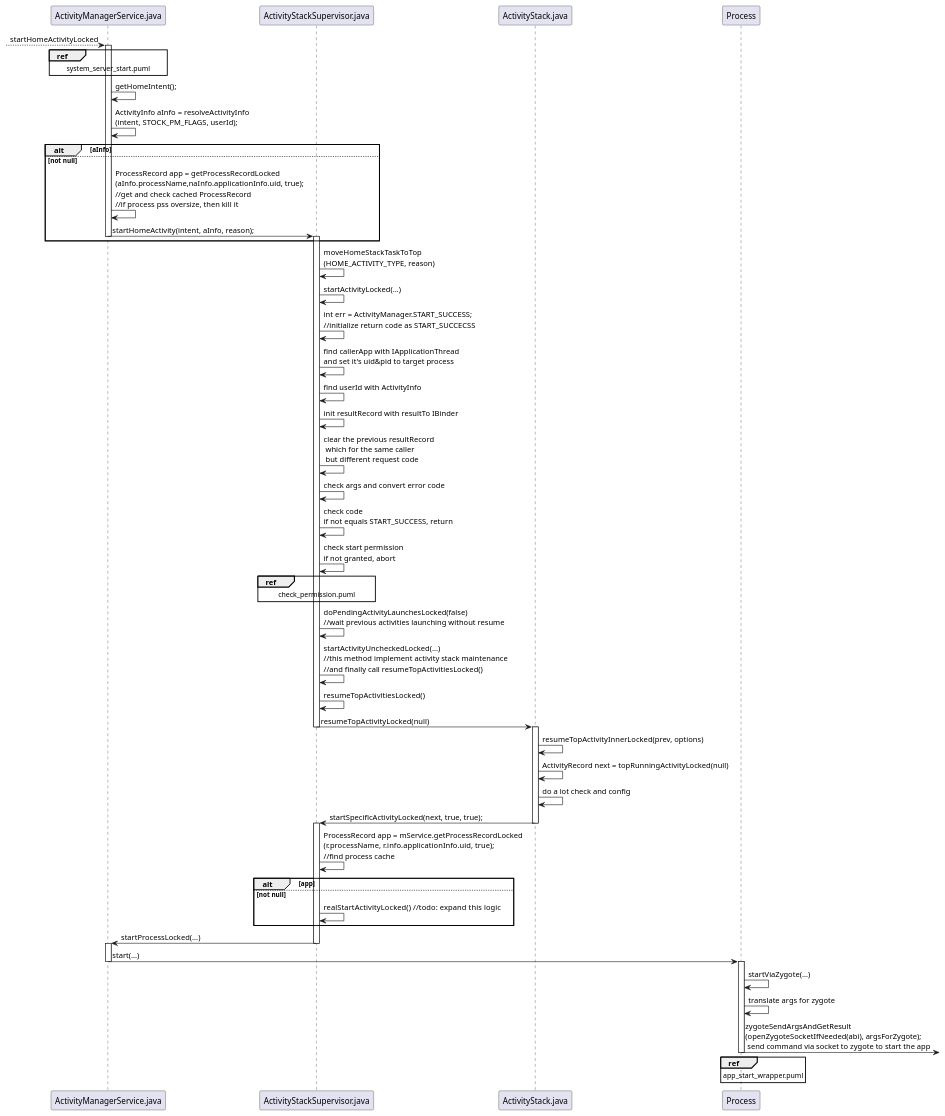
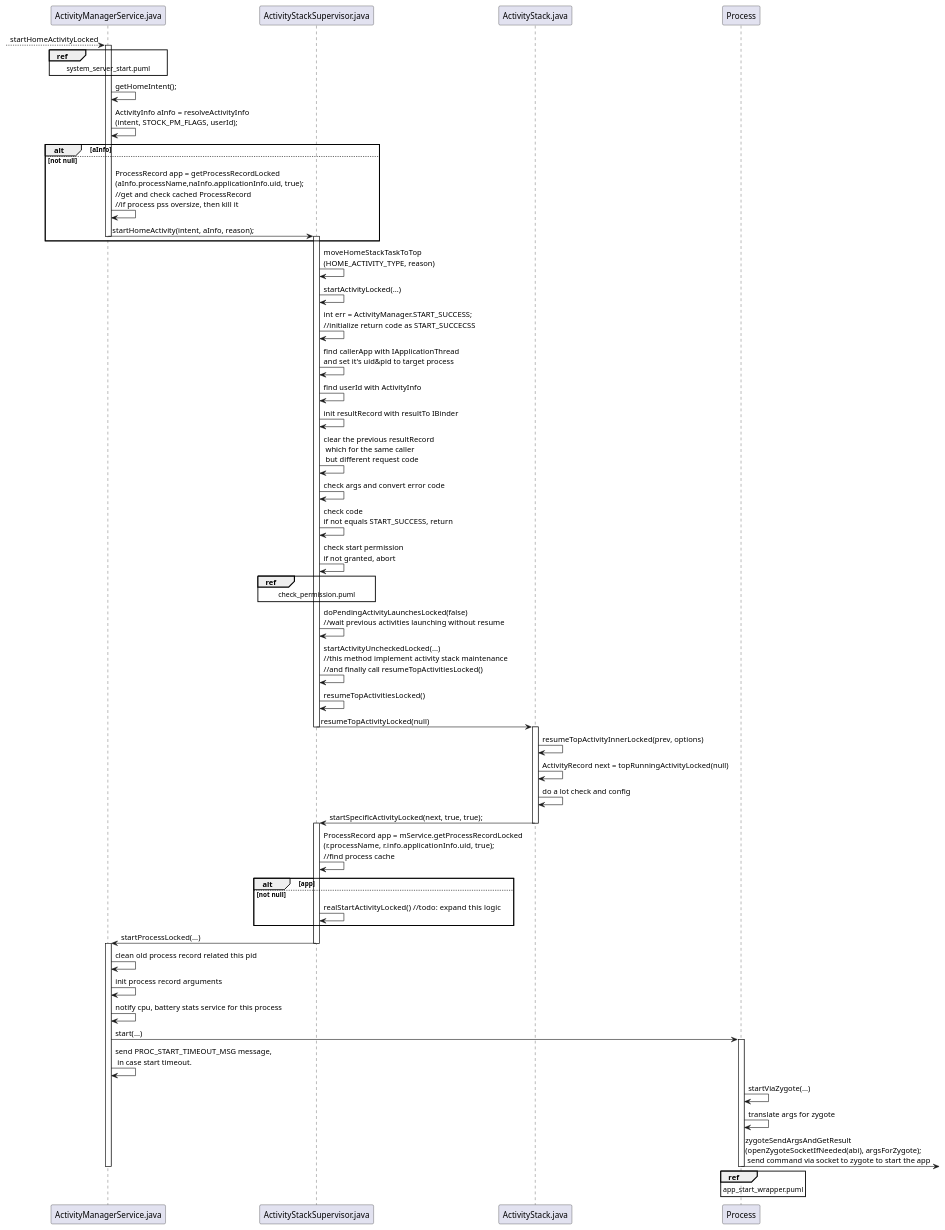
One commit to heavy-james/AndroidStartSequence changed the diagram in uml/6_home_activity_start/home_activity_start.puml. Above: the diagram before and after it, drawn with PlantUML. The commit also changed 7 other files, not shown here.

```diff
--- a/uml/6_home_activity_start/home_activity_start.puml
+++ b/uml/6_home_activity_start/home_activity_start.puml
@@ -1,117 +1,118 @@
 @startuml
 participant ActivityManagerService as "ActivityManagerService.java"
 participant ActivityStackSupervisor as "ActivityStackSupervisor.java"
 participant ActivityStack as "ActivityStack.java"
 
 --> ActivityManagerService : startHomeActivityLocked
 ref over ActivityManagerService : system_server_start.puml
 
 
 activate ActivityManagerService
 ActivityManagerService -> ActivityManagerService : getHomeIntent();
 ActivityManagerService -> ActivityManagerService : ActivityInfo aInfo = resolveActivityInfo\
 \n(intent, STOCK_PM_FLAGS, userId);
 
 alt aInfo
 else not null
 ActivityManagerService -> ActivityManagerService : ProcessRecord app = getProcessRecordLocked\
 \n(aInfo.processName,naInfo.applicationInfo.uid, true);\
 \n//get and check cached ProcessRecord\
 \n//if process pss oversize, then kill it
 
 ActivityManagerService -> ActivityStackSupervisor : startHomeActivity(intent, aInfo, reason);
 
 deactivate ActivityManagerService
 activate ActivityStackSupervisor
 end
 
 
 
 
 activate ActivityStackSupervisor
 ActivityStackSupervisor -> ActivityStackSupervisor : moveHomeStackTaskToTop\n(HOME_ACTIVITY_TYPE, reason)\
 
 ActivityStackSupervisor -> ActivityStackSupervisor : startActivityLocked(...)
 
 ActivityStackSupervisor -> ActivityStackSupervisor : int err = ActivityManager.START_SUCCESS;\
 \n//initialize return code as START_SUCCECSS
 
 ActivityStackSupervisor -> ActivityStackSupervisor : find callerApp with IApplicationThread\
 \nand set it's uid&pid to target process
 
 ActivityStackSupervisor -> ActivityStackSupervisor : find userId with ActivityInfo
 
 ActivityStackSupervisor -> ActivityStackSupervisor : init resultRecord with resultTo IBinder
 
 ActivityStackSupervisor -> ActivityStackSupervisor : clear the previous resultRecord\
 \n which for the same caller\
 \n but different request code
 
 ActivityStackSupervisor -> ActivityStackSupervisor : check args and convert error code
 
 ActivityStackSupervisor -> ActivityStackSupervisor : check code\
 \nif not equals START_SUCCESS, return
 
 ActivityStackSupervisor -> ActivityStackSupervisor : check start permission\
 \nif not granted, abort
 
 ref over ActivityStackSupervisor : check_permission.puml
 
 ActivityStackSupervisor -> ActivityStackSupervisor : doPendingActivityLaunchesLocked(false)\
 \n//wait previous activities launching without resume
 
 ActivityStackSupervisor -> ActivityStackSupervisor : startActivityUncheckedLocked(...)\
 \n//this method implement activity stack maintenance\
 \n//and finally call resumeTopActivitiesLocked()
 
 ActivityStackSupervisor -> ActivityStackSupervisor : resumeTopActivitiesLocked()
 
 ActivityStackSupervisor -> ActivityStack : resumeTopActivityLocked(null)
 
 deactivate ActivityStackSupervisor
 
 activate ActivityStack
 
 ActivityStack -> ActivityStack : resumeTopActivityInnerLocked(prev, options)
 
 ActivityStack -> ActivityStack : ActivityRecord next = topRunningActivityLocked(null)
 
 ActivityStack -> ActivityStack : do a lot check and config
 
 ActivityStack -> ActivityStackSupervisor : startSpecificActivityLocked(next, true, true);
 deactivate ActivityStack
 
 activate ActivityStackSupervisor
 ActivityStackSupervisor -> ActivityStackSupervisor : ProcessRecord app = mService.getProcessRecordLocked\
 \n(r.processName, r.info.applicationInfo.uid, true);\
 \n//find process cache
 
 alt app
 else not null
    ActivityStackSupervisor -> ActivityStackSupervisor : realStartActivityLocked()\
    //todo: expand this logic
 end
 
 ActivityStackSupervisor -> ActivityManagerService : startProcessLocked(...)
 deactivate ActivityStackSupervisor
 
 
 activate ActivityManagerService
+ActivityManagerService -> ActivityManagerService : clean old process record related this pid
+ActivityManagerService -> ActivityManagerService : init process record arguments
+ActivityManagerService -> ActivityManagerService : notify cpu, battery stats service for this process
 ActivityManagerService -> Process : start(...)
-deactivate ActivityManagerService
+activate Process
+ActivityManagerService -> ActivityManagerService : send PROC_START_TIMEOUT_MSG message,\
+ \n in case start timeout.
 
 
-activate Process
 Process -> Process : startViaZygote(...)
 Process -> Process : translate args for zygote
 Process ->  : zygoteSendArgsAndGetResult\n(openZygoteSocketIfNeeded(abi), argsForZygote);\
 \n send command via socket to zygote to start the app
 ref over Process : app_start_wrapper.puml
 
 deactivate Process
-
-
-
-
+deactivate ActivityManagerService
 deactivate ActivityStackSupervisor
 @enduml
```
